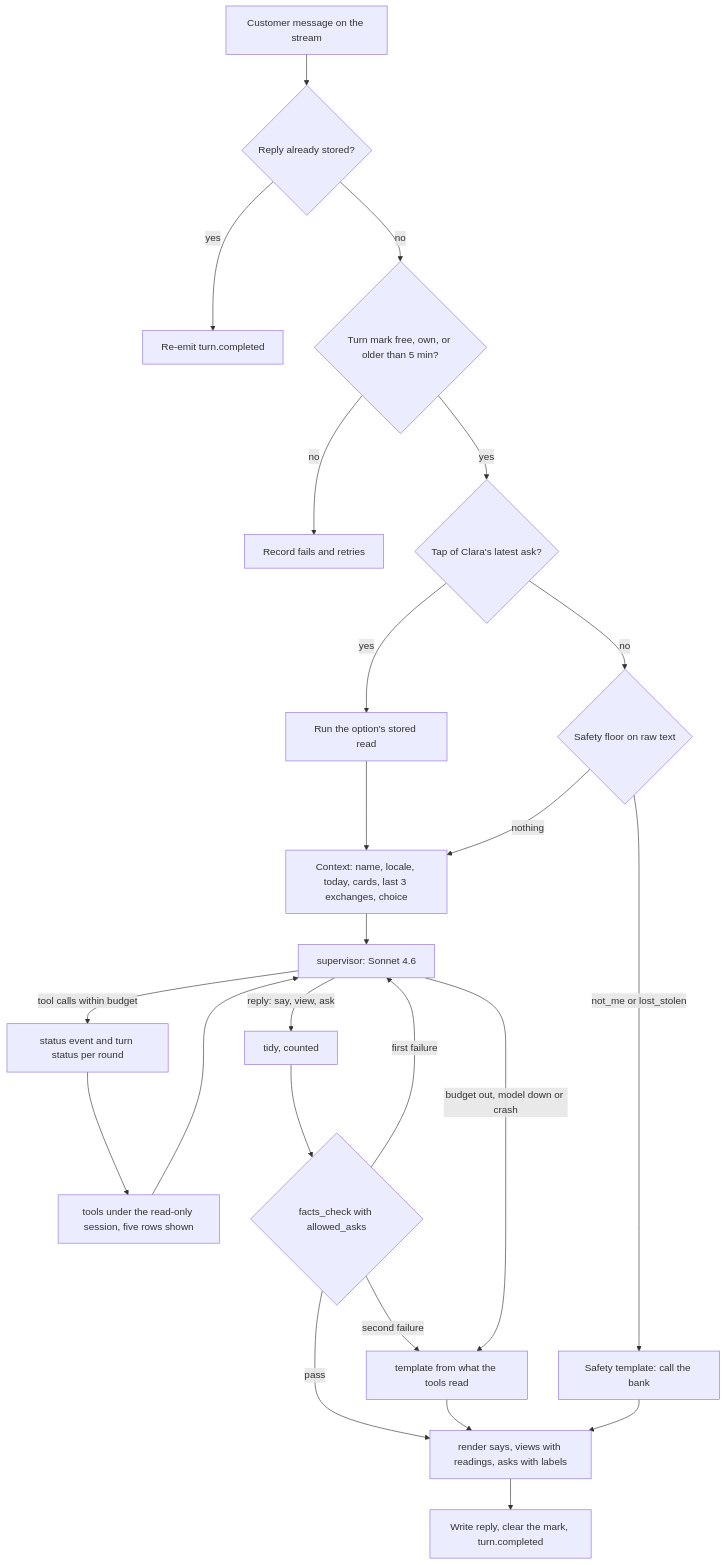
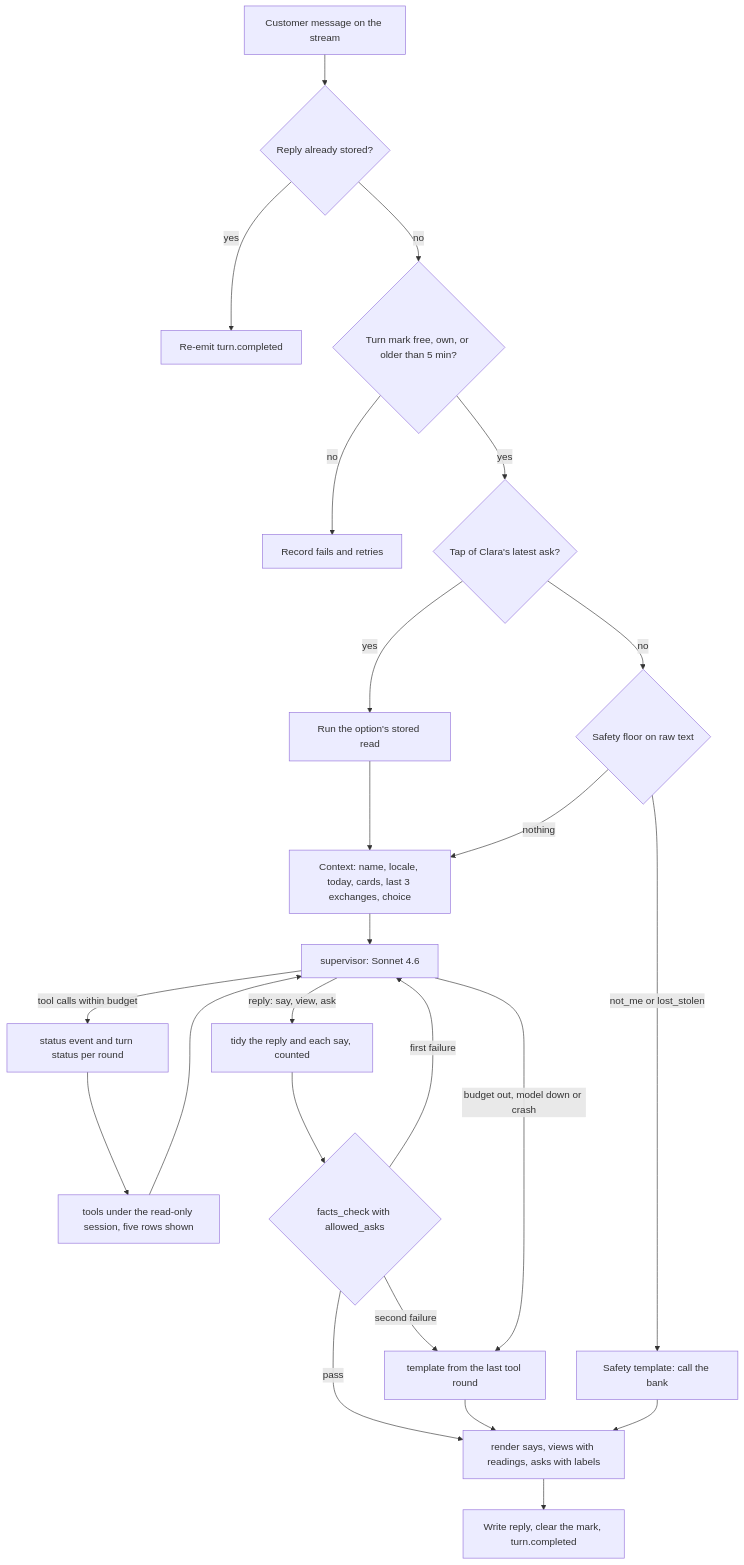
One commit to Team-ACGS/factored-hackathon-2026-acgs changed the first of 2 diagrams in docs/modules/assistant/flows.md. Above: the diagram before and after it, drawn with Mermaid. The commit also changed other lines of this file and 4 other files, not shown here.

````diff
--- a/docs/modules/assistant/flows.md
+++ b/docs/modules/assistant/flows.md
@@ -13,24 +13,24 @@
 ```mermaid
 flowchart TD
     A[Customer message on the stream] --> R{Reply already stored?}
     R -- yes --> E[Re-emit turn.completed]
     R -- no --> TM{Turn mark free, own, or older than 5 min?}
     TM -- no --> RETRY[Record fails and retries]
     TM -- yes --> TAP{Tap of Clara's latest ask?}
     TAP -- yes --> READ[Run the option's stored read] --> CTX
     TAP -- no --> FL{Safety floor on raw text}
     FL -- not_me or lost_stolen --> ST[Safety template: call the bank]
     FL -- nothing --> CTX[Context: name, locale, today, cards, last 3 exchanges, choice]
     CTX --> SUP[supervisor: Sonnet 4.6]
     SUP -- tool calls within budget --> STATUS[status event and turn status per round]
     STATUS --> TOOLS[tools under the read-only session, five rows shown]
     TOOLS --> SUP
-    SUP -- reply: say, view, ask --> TIDY[tidy, counted] --> CHK{facts_check with allowed_asks}
+    SUP -- reply: say, view, ask --> TIDY[tidy the reply and each say, counted] --> CHK{facts_check with allowed_asks}
     CHK -- pass --> FIN[render says, views with readings, asks with labels]
     CHK -- first failure --> SUP
-    CHK -- second failure --> FB[template from what the tools read]
+    CHK -- second failure --> FB[template from the last tool round]
     SUP -- budget out, model down or crash --> FB
     FB --> FIN
     ST --> FIN
     FIN --> W[Write reply, clear the mark, turn.completed]
 ```
````
